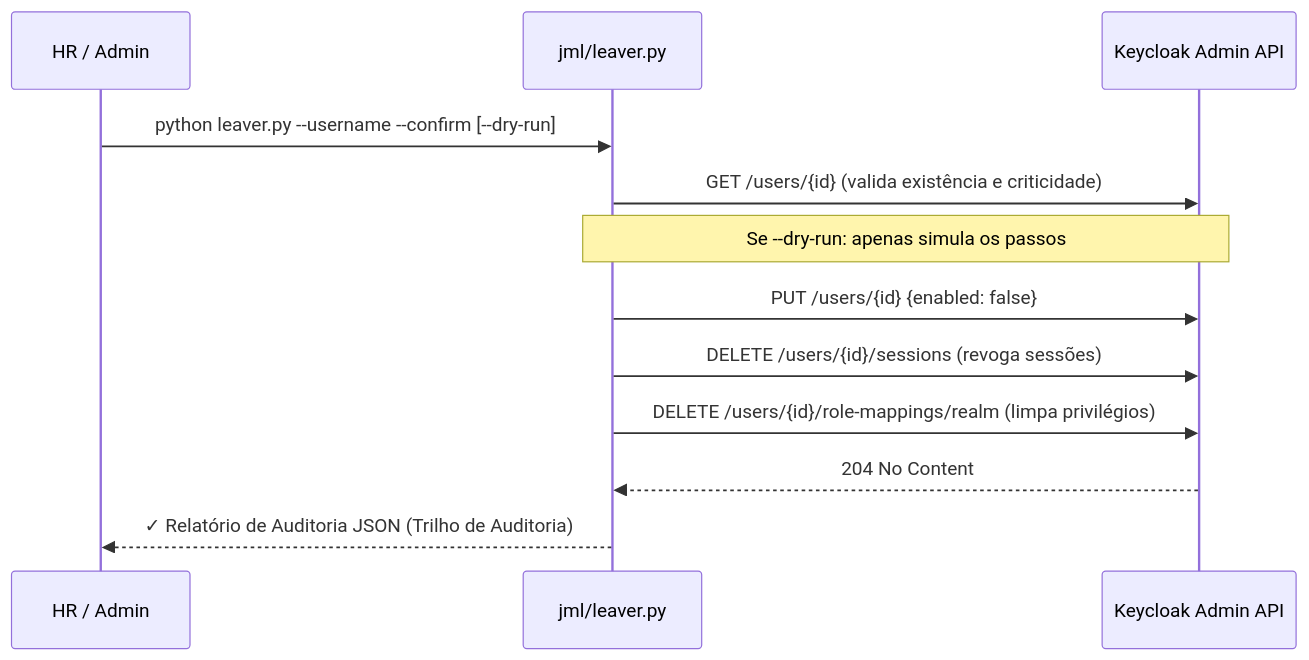
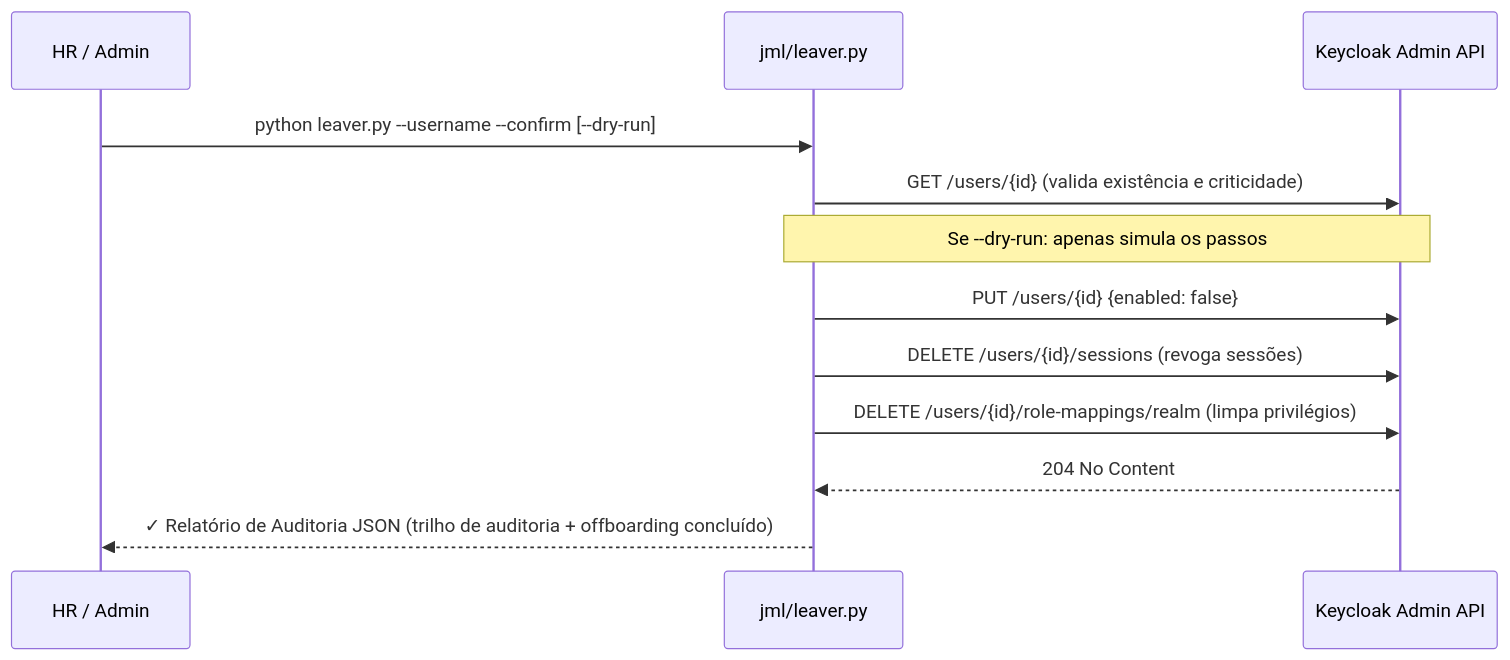
The fifth of 6 diagrams in docs/architecture.md (zye04/mei-gi-keycloak-iam), drawn with Mermaid before and after one commit. The commit also changed other lines of this file and 8 other files, not shown here.

````diff
--- a/docs/architecture.md
+++ b/docs/architecture.md
@@ -124,15 +125,15 @@
 ```mermaid
 sequenceDiagram
     participant HR as HR / Admin
     participant S as jml/leaver.py
     participant K as Keycloak Admin API
 
     HR->>S: python leaver.py --username --confirm [--dry-run]
     S->>K: GET /users/{id} (valida existência e criticidade)
     Note over S,K: Se --dry-run: apenas simula os passos
     S->>K: PUT /users/{id} {enabled: false}
     S->>K: DELETE /users/{id}/sessions (revoga sessões)
     S->>K: DELETE /users/{id}/role-mappings/realm (limpa privilégios)
     K-->>S: 204 No Content
-    S-->>HR: ✓ Relatório de Auditoria JSON (Trilho de Auditoria)
+    S-->>HR: ✓ Relatório de Auditoria JSON (trilho de auditoria + offboarding concluído)
 ```
````
